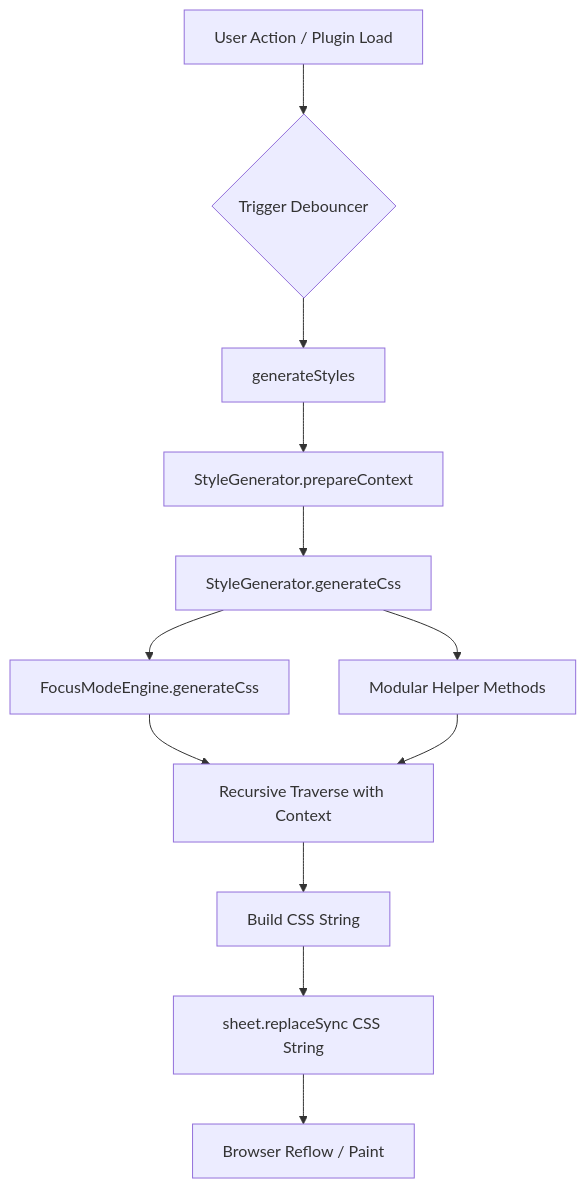
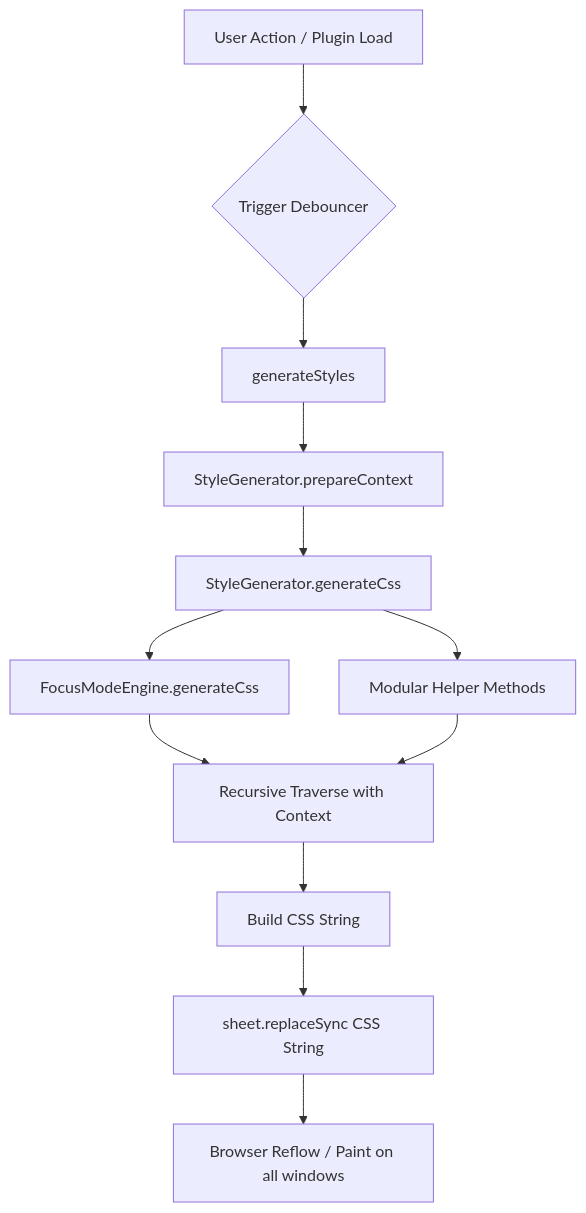
The first of 2 diagrams in docs/ARCHITECTURE.md (RohitNahar-Offical/colorful-folders-obsidian), drawn with Mermaid before and after one commit. The commit also changed other lines of this file and 1 other file, not shown here.

````diff
--- a/docs/ARCHITECTURE.md
+++ b/docs/ARCHITECTURE.md
@@ -16,14 +16,14 @@
 ```mermaid
 graph TD
     A[User Action / Plugin Load] --> B{Trigger Debouncer}
     B --> C[generateStyles]
     C --> D[StyleGenerator.prepareContext]
     D --> E[StyleGenerator.generateCss]
     E --> F1[FocusModeEngine.generateCss]
     E --> F2[Modular Helper Methods]
     F1 --> G[Recursive Traverse with Context]
     F2 --> G
     G --> H[Build CSS String]
     H --> I[sheet.replaceSync CSS String]
-    I --> J[Browser Reflow / Paint]
+    I --> J[Browser Reflow / Paint on all windows]
 ```
````
